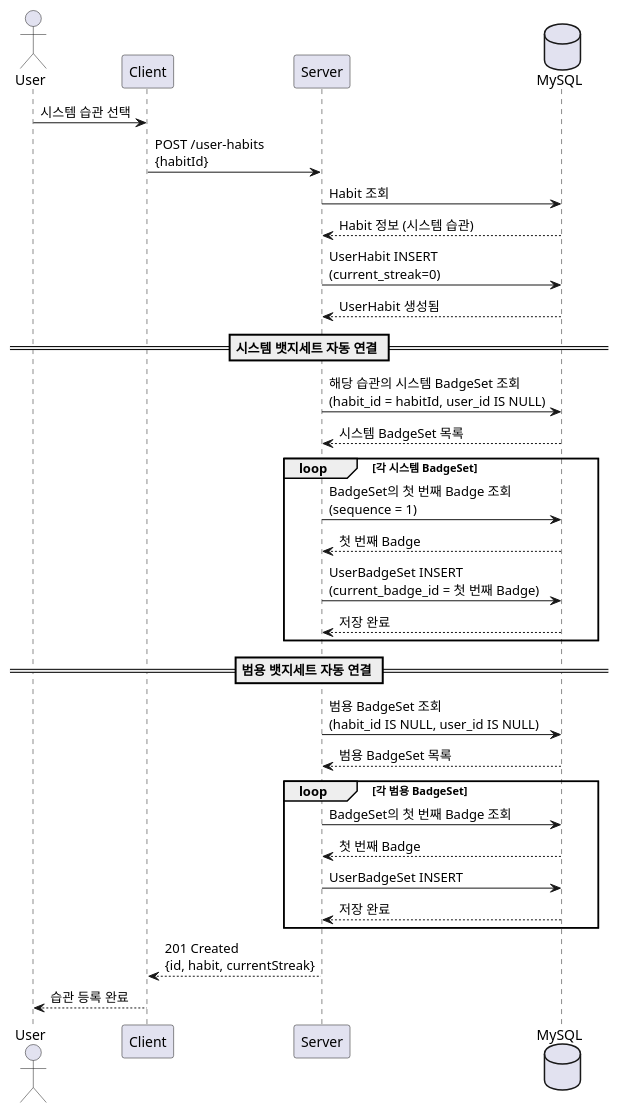
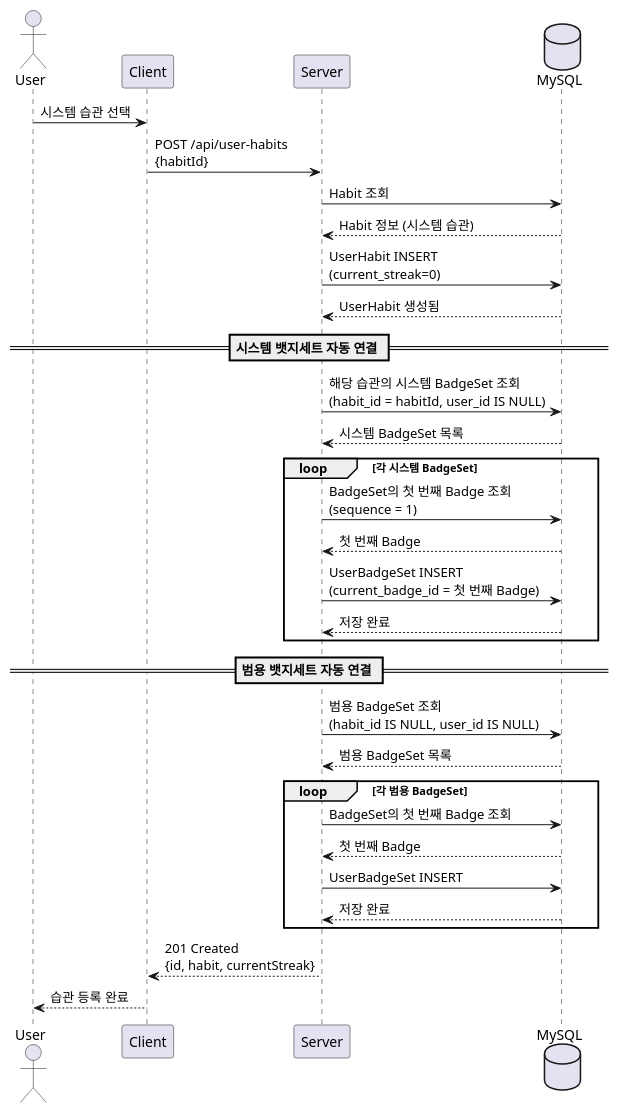
One commit to daily-one-page/daily-one-page-backend changed the ninth of 29 diagrams in docs/sequence-diagram.md. Above: the diagram before and after it, drawn with PlantUML. The commit also changed other lines of this file and 38 other files, not shown here.

First line of the commit message:
docs: Sync API spec, ERD, Sequence Diagram and add Postman Collection

````diff
--- a/docs/sequence-diagram.md
+++ b/docs/sequence-diagram.md
@@ -251,42 +251,42 @@
 ```plantuml
 @startuml 시스템 습관 등록
 actor User
 participant Client
 participant Server
 database MySQL
 
 User -> Client: 시스템 습관 선택
-Client -> Server: POST /user-habits\n{habitId}
+Client -> Server: POST /api/user-habits\n{habitId}
 Server -> MySQL: Habit 조회
 MySQL --> Server: Habit 정보 (시스템 습관)
 
 Server -> MySQL: UserHabit INSERT\n(current_streak=0)
 MySQL --> Server: UserHabit 생성됨
 
 == 시스템 뱃지세트 자동 연결 ==
 Server -> MySQL: 해당 습관의 시스템 BadgeSet 조회\n(habit_id = habitId, user_id IS NULL)
 MySQL --> Server: 시스템 BadgeSet 목록
 
 loop 각 시스템 BadgeSet
     Server -> MySQL: BadgeSet의 첫 번째 Badge 조회\n(sequence = 1)
     MySQL --> Server: 첫 번째 Badge
     Server -> MySQL: UserBadgeSet INSERT\n(current_badge_id = 첫 번째 Badge)
     MySQL --> Server: 저장 완료
 end
 
 == 범용 뱃지세트 자동 연결 ==
 Server -> MySQL: 범용 BadgeSet 조회\n(habit_id IS NULL, user_id IS NULL)
 MySQL --> Server: 범용 BadgeSet 목록
 
 loop 각 범용 BadgeSet
     Server -> MySQL: BadgeSet의 첫 번째 Badge 조회
     MySQL --> Server: 첫 번째 Badge
     Server -> MySQL: UserBadgeSet INSERT
     MySQL --> Server: 저장 완료
 end
 
 Server --> Client: 201 Created\n{id, habit, currentStreak}
 Client --> User: 습관 등록 완료
 
 @enduml
 ```
````
